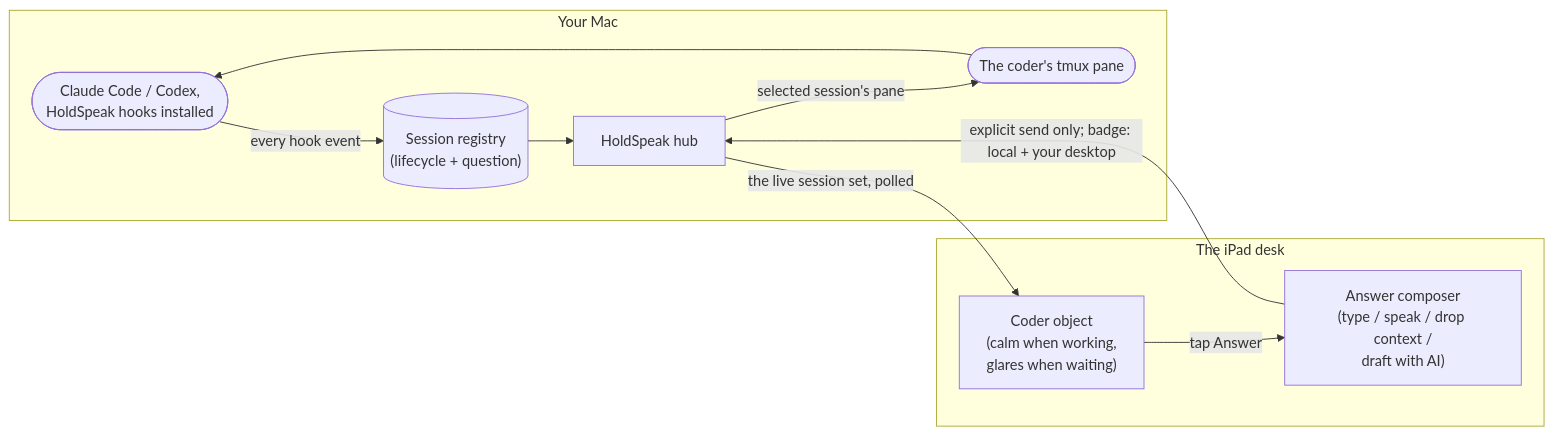
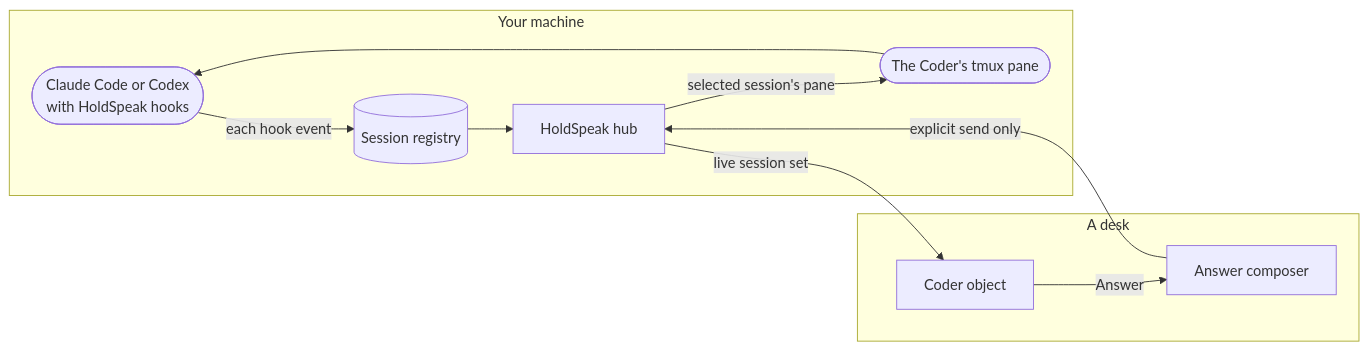
The fifth of 8 diagrams in docs/ARCHITECTURE.md (karolswdev/HoldSpeak), drawn with Mermaid before and after one commit. The commit also changed other lines of this file and 66 other files, not shown here.

````diff
--- a/docs/ARCHITECTURE.md
+++ b/docs/ARCHITECTURE.md
@@ -1032,20 +437,20 @@
 ```mermaid
 flowchart LR
-  subgraph mac["Your Mac"]
-    CC(["Claude Code / Codex,<br/>HoldSpeak hooks installed"])
-    REG[("Session registry<br/>(lifecycle + question)")]
+  subgraph mac["Your machine"]
+    CC(["Claude Code or Codex<br/>with HoldSpeak hooks"])
+    REG[("Session registry")]
     HUB["HoldSpeak hub"]
-    PANE(["The coder's tmux pane"])
+    PANE(["The Coder's tmux pane"])
   end
-  subgraph ipad["The iPad desk"]
-    PRIM["Coder object<br/>(calm when working,<br/>glares when waiting)"]
-    COMP["Answer composer<br/>(type / speak / drop context /<br/>draft with AI)"]
+  subgraph desk["A desk"]
+    PRIM["Coder object"]
+    COMP["Answer composer"]
   end
-  CC -->|"every hook event"| REG
+  CC -->|"each hook event"| REG
   REG --> HUB
-  HUB -->|"the live session set, polled"| PRIM
-  PRIM -->|"tap Answer"| COMP
-  COMP -->|"explicit send only; badge: local + your desktop"| HUB
+  HUB -->|"live session set"| PRIM
+  PRIM -->|"Answer"| COMP
+  COMP -->|"explicit send only"| HUB
   HUB -->|"selected session's pane"| PANE
   PANE --> CC
 ```
````
